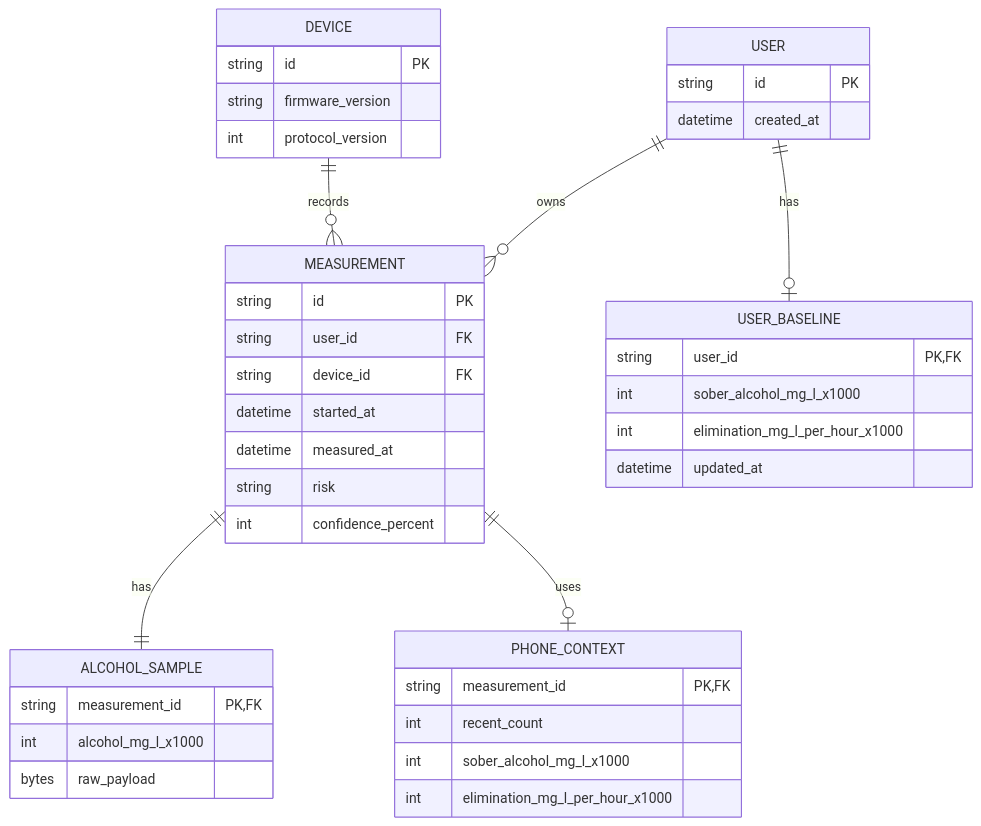
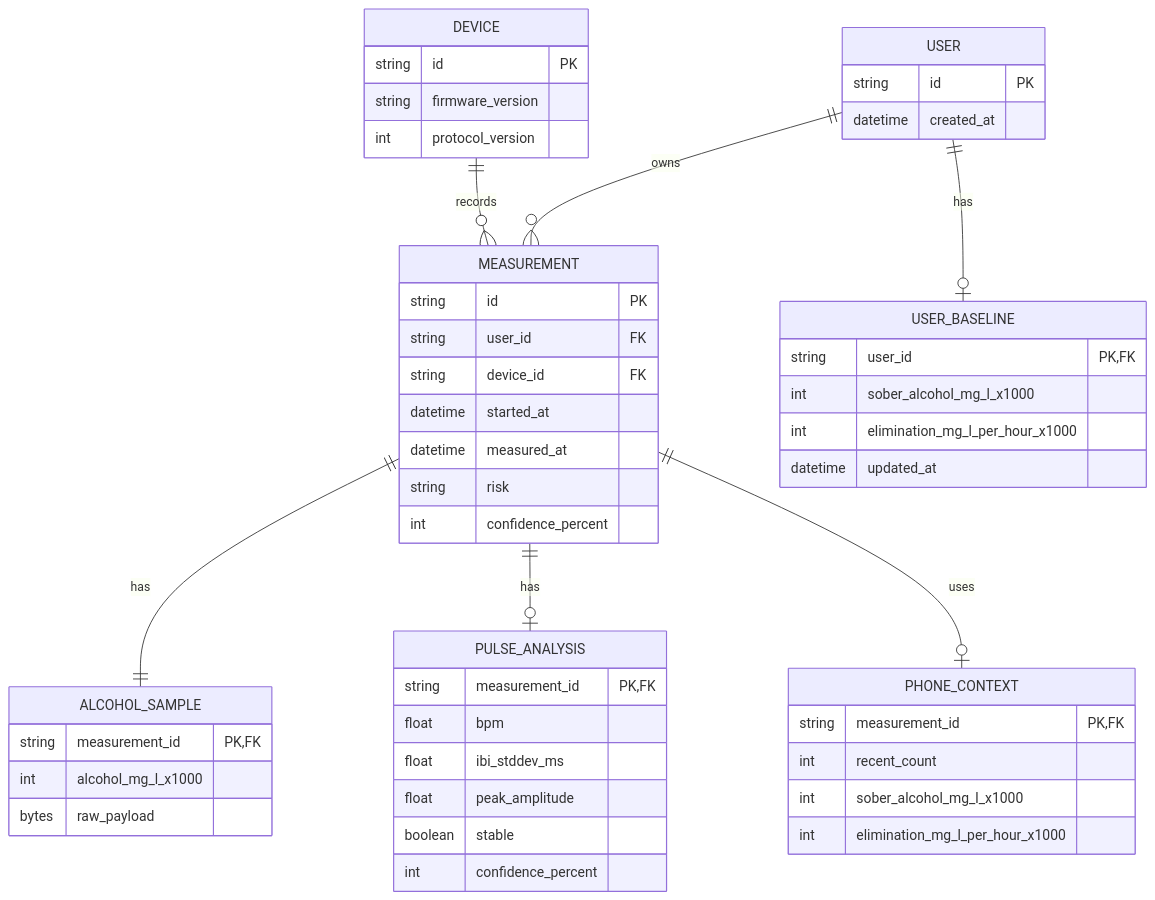
One commit to insd47/Drunksafe changed the diagram in .docs/measurement-communication-model.md. Above: the diagram before and after it, drawn with Mermaid. The commit also changed other lines of this file and 29 other files, not shown here.

````diff
--- a/.docs/measurement-communication-model.md
+++ b/.docs/measurement-communication-model.md
@@ -97,49 +144,59 @@
 ```mermaid
 erDiagram
     USER ||--o{ MEASUREMENT : owns
     DEVICE ||--o{ MEASUREMENT : records
     MEASUREMENT ||--|| ALCOHOL_SAMPLE : has
+    MEASUREMENT ||--o| PULSE_ANALYSIS : has
     MEASUREMENT ||--o| PHONE_CONTEXT : uses
     USER ||--o| USER_BASELINE : has
 
     USER {
         string id PK
         datetime created_at
     }
 
     DEVICE {
         string id PK
         string firmware_version
         int protocol_version
     }
 
     MEASUREMENT {
         string id PK
         string user_id FK
         string device_id FK
         datetime started_at
         datetime measured_at
         string risk
         int confidence_percent
     }
 
     ALCOHOL_SAMPLE {
         string measurement_id PK,FK
         int alcohol_mg_l_x1000
         bytes raw_payload
     }
 
+    PULSE_ANALYSIS {
+        string measurement_id PK,FK
+        float bpm
+        float ibi_stddev_ms
+        float peak_amplitude
+        boolean stable
+        int confidence_percent
+    }
+
     PHONE_CONTEXT {
         string measurement_id PK,FK
         int recent_count
         int sober_alcohol_mg_l_x1000
         int elimination_mg_l_per_hour_x1000
     }
 
     USER_BASELINE {
         string user_id PK,FK
         int sober_alcohol_mg_l_x1000
         int elimination_mg_l_per_hour_x1000
         datetime updated_at
     }
 ```
````
